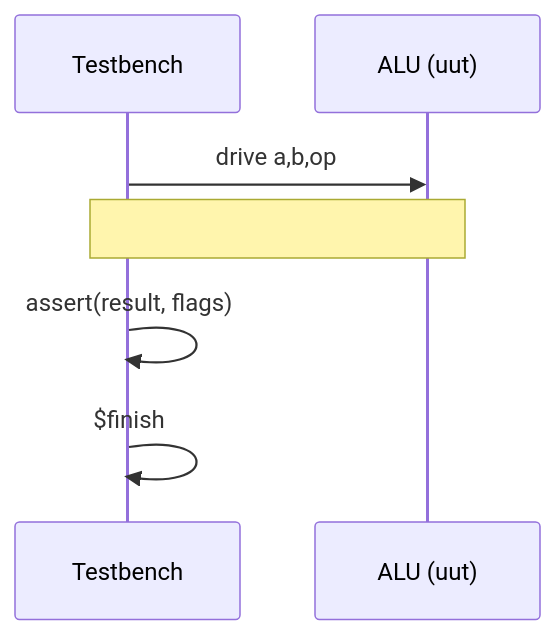
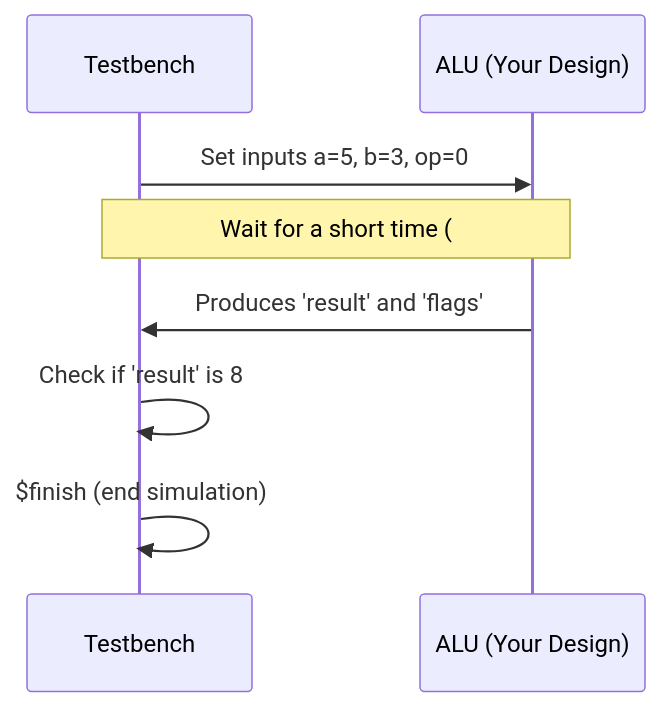
One commit to sokoide/tangnano_6502_cpu changed the sixth of 7 diagrams in day02/README.md. Above: the diagram before and after it, drawn with Mermaid. The commit also changed other lines of this file and 6 other files, not shown here.

````diff
--- a/day02/README.md
+++ b/day02/README.md
@@ -280,9 +286,10 @@
 ```mermaid
 sequenceDiagram
   participant TB as Testbench
-  participant UUT as ALU (uut)
-  TB->>UUT: drive a,b,op
-  Note over TB,UUT: #10 (wait simulation time)
-  TB->>TB: assert(result, flags)
-  TB->>TB: $finish
+  participant UUT as ALU (Your Design)
+  TB->>UUT: Set inputs a=5, b=3, op=0
+  Note over TB,UUT: Wait for a short time (#10)
+  UUT->>TB: Produces 'result' and 'flags'
+  TB->>TB: Check if 'result' is 8
+  TB->>TB: $finish (end simulation)
 ```
````
